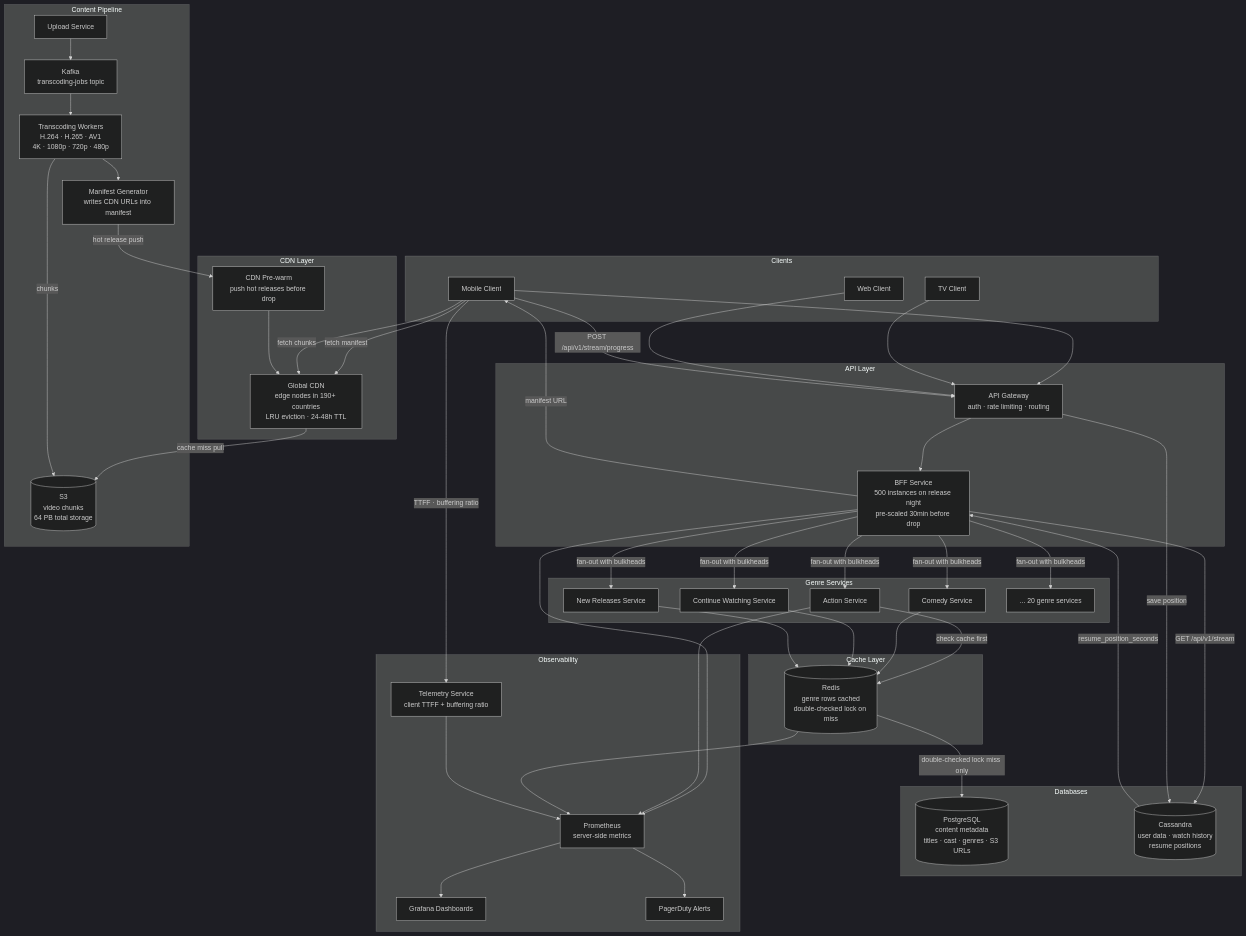
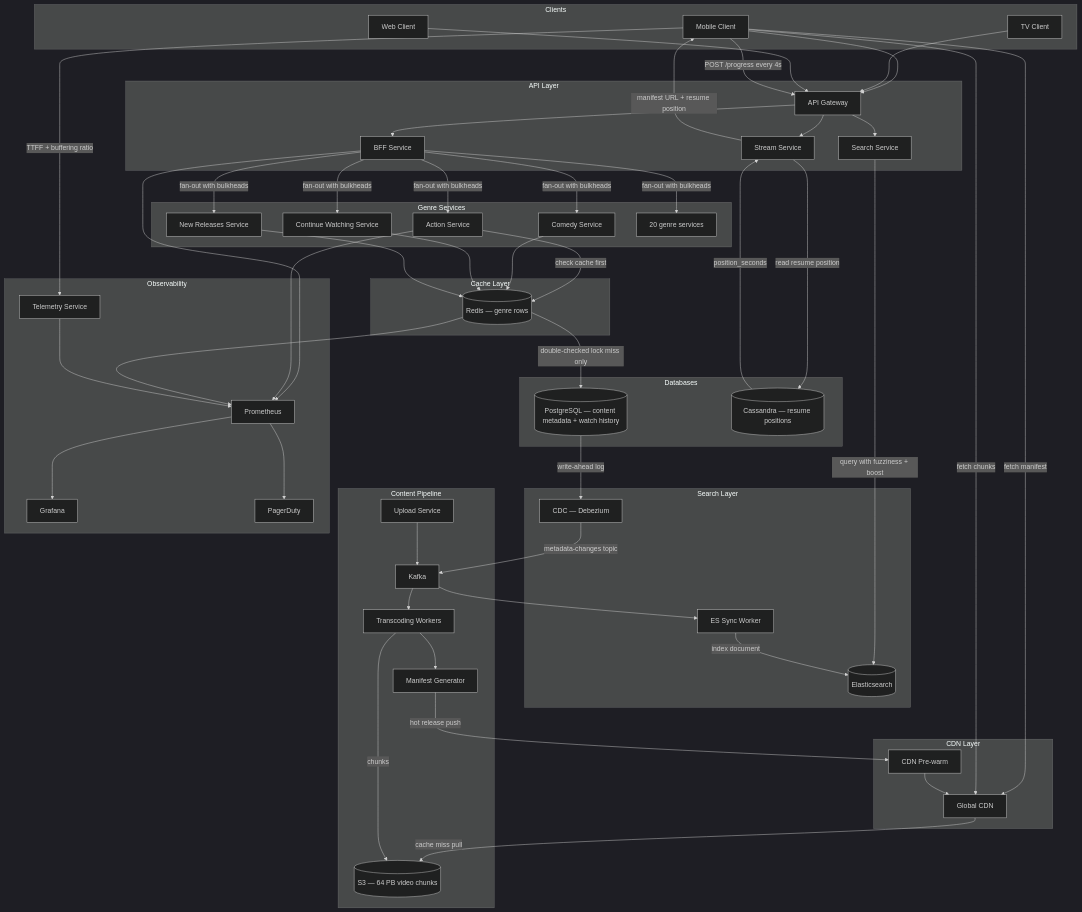
One commit to Dummy-Bug/system-design-handbook changed the first of 6 diagrams in System Design/SDE2/12-Case-Studies/14-Netflix/05-Final-Design/01-Final-Architecture.md. Above: the diagram before and after it, drawn with Mermaid (dark theme). The commit also changed other lines of this file and 12 other files, not shown here.

```diff
--- a/System Design/SDE2/12-Case-Studies/14-Netflix/05-Final-Design/01-Final-Architecture.md
+++ b/System Design/SDE2/12-Case-Studies/14-Netflix/05-Final-Design/01-Final-Architecture.md
@@ -33,8 +35,10 @@
     end
 
     subgraph API Layer
-        APIGW[API Gateway\nauth · rate limiting · routing]
-        BFF[BFF Service\n500 instances on release night\npre-scaled 30min before drop]
+        APIGW[API Gateway]
+        BFF[BFF Service]
+        SS[Stream Service]
+        SRCH[Search Service]
     end
 
     subgraph Genre Services
@@ -42,36 +46,42 @@
         CS[Comedy Service]
         CWS[Continue Watching Service]
         NRS[New Releases Service]
-        GN[... 20 genre services]
+        GN[20 genre services]
     end
 
     subgraph Cache Layer
-        REDIS[(Redis\ngenre rows cached\ndouble-checked lock on miss)]
+        REDIS[(Redis — genre rows)]
     end
 
     subgraph Databases
-        PG[(PostgreSQL\ncontent metadata\ntitles · cast · genres · S3 URLs)]
-        CASS[(Cassandra\nuser data · watch history\nresume positions)]
+        PG[(PostgreSQL — content metadata + watch history)]
+        CASS[(Cassandra — resume positions)]
+    end
+
+    subgraph Search Layer
+        ES[(Elasticsearch)]
+        DEBEZIUM[CDC — Debezium]
+        ESWRK[ES Sync Worker]
     end
 
     subgraph Content Pipeline
         UPLOAD[Upload Service]
-        KAFKA[Kafka\ntranscoding-jobs topic]
-        TW[Transcoding Workers\nH.264 · H.265 · AV1\n4K · 1080p · 720p · 480p]
-        S3[(S3\nvideo chunks\n64 PB total storage)]
-        MANIFEST[Manifest Generator\nwrites CDN URLs into manifest]
+        KAFKA[Kafka]
+        TW[Transcoding Workers]
+        S3[(S3 — 64 PB video chunks)]
+        MANIFEST[Manifest Generator]
     end
 
     subgraph CDN Layer
-        CDN_PUSH[CDN Pre-warm\npush hot releases before drop]
-        CDN[Global CDN\nedge nodes in 190+ countries\nLRU eviction · 24-48h TTL]
+        CDN_PUSH[CDN Pre-warm]
+        CDN[Global CDN]
     end
 
     subgraph Observability
-        PROM[Prometheus\nserver-side metrics]
-        TELEM[Telemetry Service\nclient TTFF + buffering ratio]
-        GRAF[Grafana Dashboards]
-        PD[PagerDuty Alerts]
+        PROM[Prometheus]
+        TELEM[Telemetry Service]
+        GRAF[Grafana]
+        PD[PagerDuty]
     end
 
     MC --> APIGW
@@ -79,6 +89,8 @@
     WC --> APIGW
 
     APIGW --> BFF
+    APIGW --> SS
+    APIGW --> SRCH
 
     BFF -->|fan-out with bulkheads| AS
     BFF -->|fan-out with bulkheads| CS
@@ -92,16 +104,21 @@
     NRS --> REDIS
     REDIS -->|double-checked lock miss only| PG
 
-    BFF -->|GET /api/v1/stream| CASS
-    CASS -->|resume_position_seconds| BFF
-    BFF -->|manifest URL| MC
+    SS -->|read resume position| CASS
+    CASS -->|position_seconds| SS
+    SS -->|manifest URL + resume position| MC
+    MC -->|POST /progress every 4s| APIGW
+
+    SRCH -->|query with fuzziness + boost| ES
 
     MC -->|fetch manifest| CDN
     MC -->|fetch chunks| CDN
     CDN -->|cache miss pull| S3
 
-    MC -->|POST /api/v1/stream/progress| APIGW
-    APIGW -->|save position| CASS
+    PG -->|write-ahead log| DEBEZIUM
+    DEBEZIUM -->|metadata-changes topic| KAFKA
+    KAFKA --> ESWRK
+    ESWRK -->|index document| ES
 
     UPLOAD --> KAFKA
     KAFKA --> TW
@@ -113,7 +130,7 @@
     BFF --> PROM
     AS --> PROM
     REDIS --> PROM
-    MC -->|TTFF · buffering ratio| TELEM
+    MC -->|TTFF + buffering ratio| TELEM
     TELEM --> PROM
     PROM --> GRAF
     PROM --> PD
```
